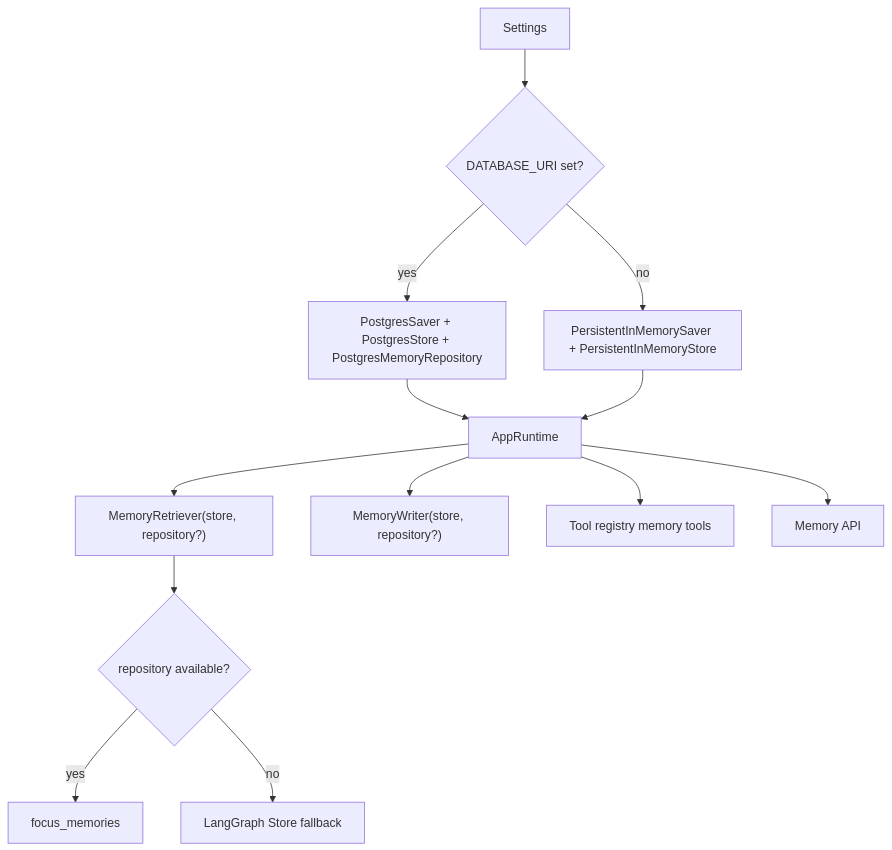
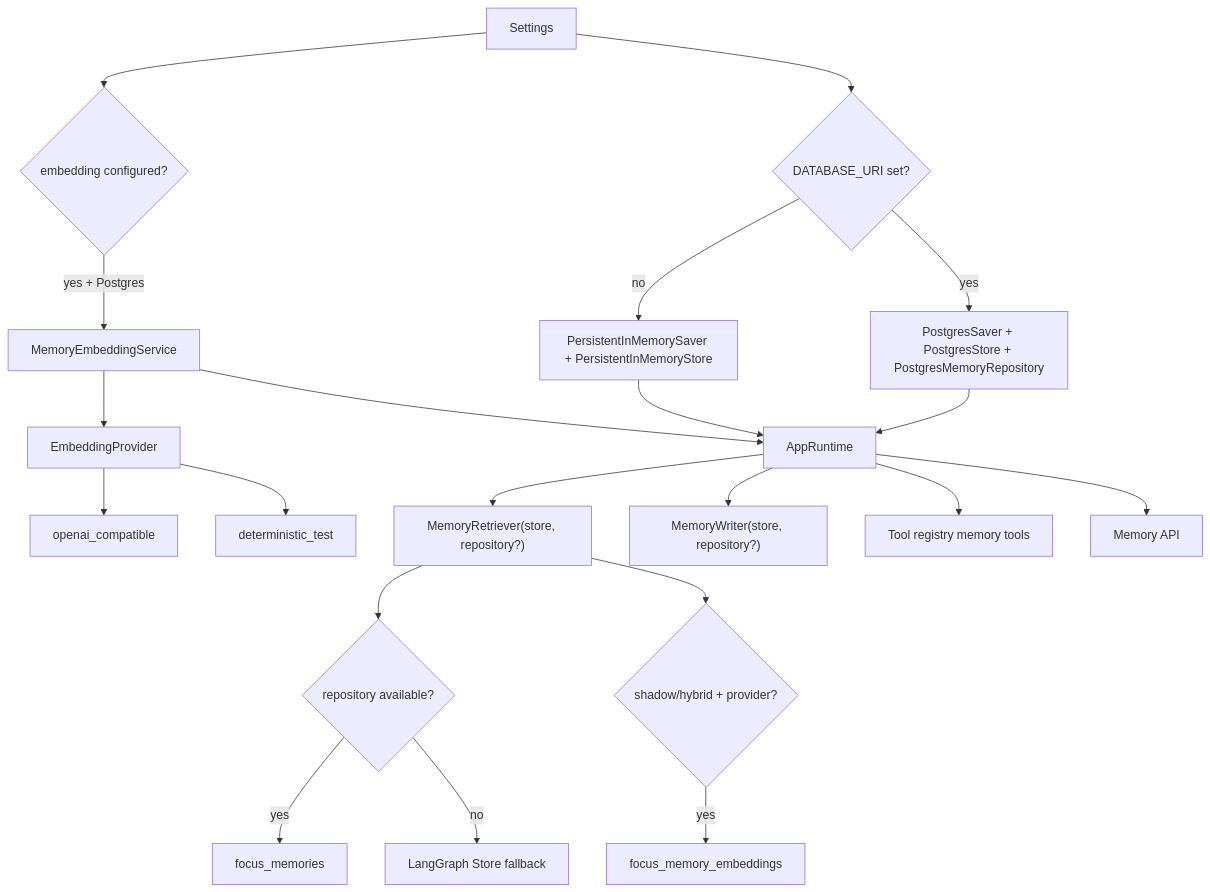
One commit to William-zgx/focus-agent changed the fourth of 12 diagrams in docs/memory-system-v2.md. Above: the diagram before and after it, drawn with Mermaid. The commit also changed other lines of this file and 35 other files, not shown here.

Commit message:
feat: add pgvector memory embeddings

````diff
--- a/docs/memory-system-v2.md
+++ b/docs/memory-system-v2.md
@@ -242,15 +339,23 @@
 ```mermaid
 flowchart TD
     Settings["Settings"] --> HasDb{"DATABASE_URI set?"}
     HasDb -- "yes" --> Pg["PostgresSaver + PostgresStore + PostgresMemoryRepository"]
     HasDb -- "no" --> Local["PersistentInMemorySaver + PersistentInMemoryStore"]
+    Settings --> EmbEnabled{"embedding configured?"}
+    EmbEnabled -- "yes + Postgres" --> EmbSvc["MemoryEmbeddingService"]
+    EmbSvc --> Provider["EmbeddingProvider"]
+    Provider --> OpenAI["openai_compatible"]
+    Provider --> TestProvider["deterministic_test"]
     Pg --> Runtime["AppRuntime"]
     Local --> Runtime
+    EmbSvc --> Runtime
     Runtime --> Retriever["MemoryRetriever(store, repository?)"]
     Runtime --> Writer["MemoryWriter(store, repository?)"]
     Runtime --> Tools["Tool registry memory tools"]
     Runtime --> API["Memory API"]
     Retriever --> RepoPath{"repository available?"}
     RepoPath -- "yes" --> Canonical["focus_memories"]
     RepoPath -- "no" --> Legacy["LangGraph Store fallback"]
+    Retriever --> Vector{"shadow/hybrid + provider?"}
+    Vector -- "yes" --> Embeddings["focus_memory_embeddings"]
 ```
````
